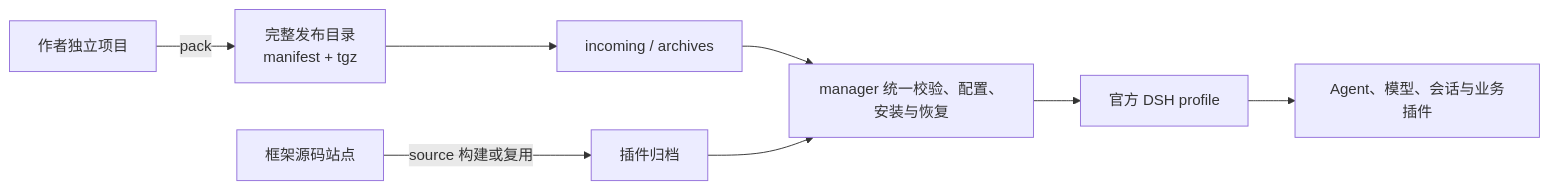
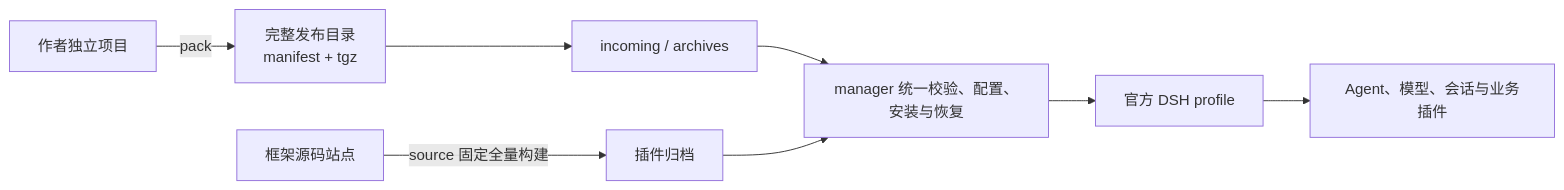
The diagram in README.md (PelyDeng/dsh-plugin-manager), drawn with Mermaid before and after one commit. The commit also changed other lines of this file and 30 other files, not shown here.

````diff
--- a/README.md
+++ b/README.md
@@ -87,10 +87,10 @@
 ```mermaid
 flowchart LR
     A["作者独立项目"] -->|pack| B["完整发布目录<br/>manifest + tgz"]
     B --> C["incoming / archives"]
-    D["框架源码站点"] -->|source 构建或复用| E["插件归档"]
+    D["框架源码站点"] -->|source 固定全量构建| E["插件归档"]
     C --> F["manager 统一校验、配置、安装与恢复"]
     E --> F
     F --> G["官方 DSH profile"]
     G --> H["Agent、模型、会话与业务插件"]
 ```
````
